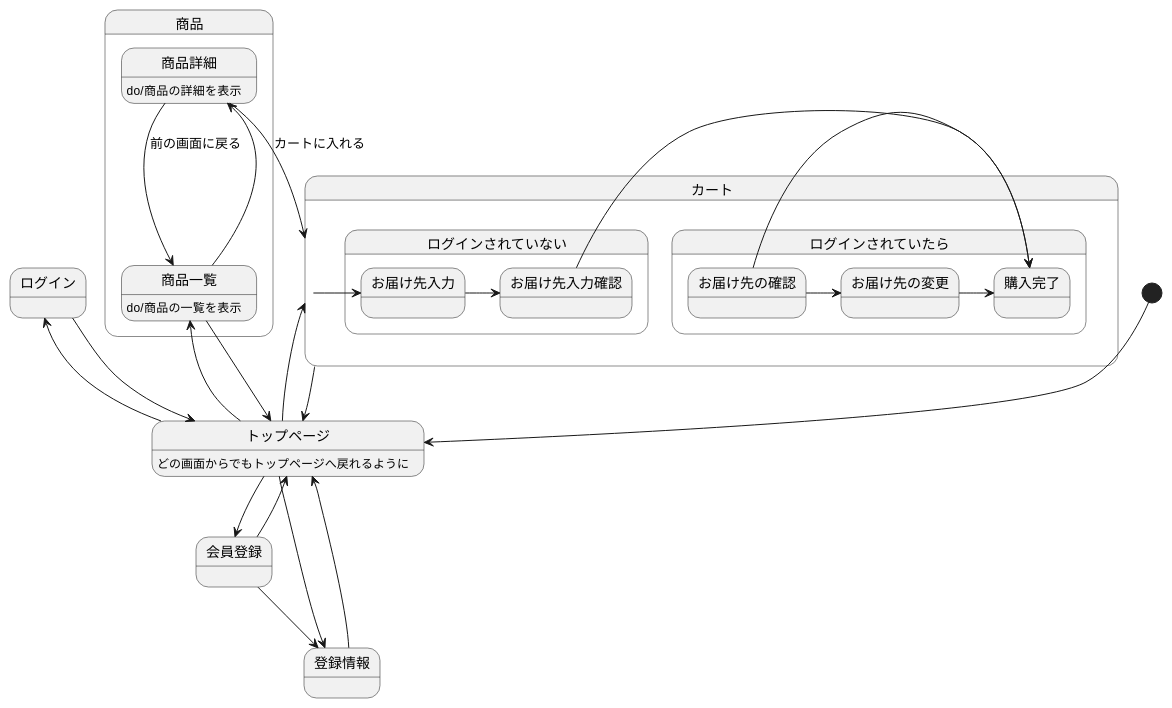
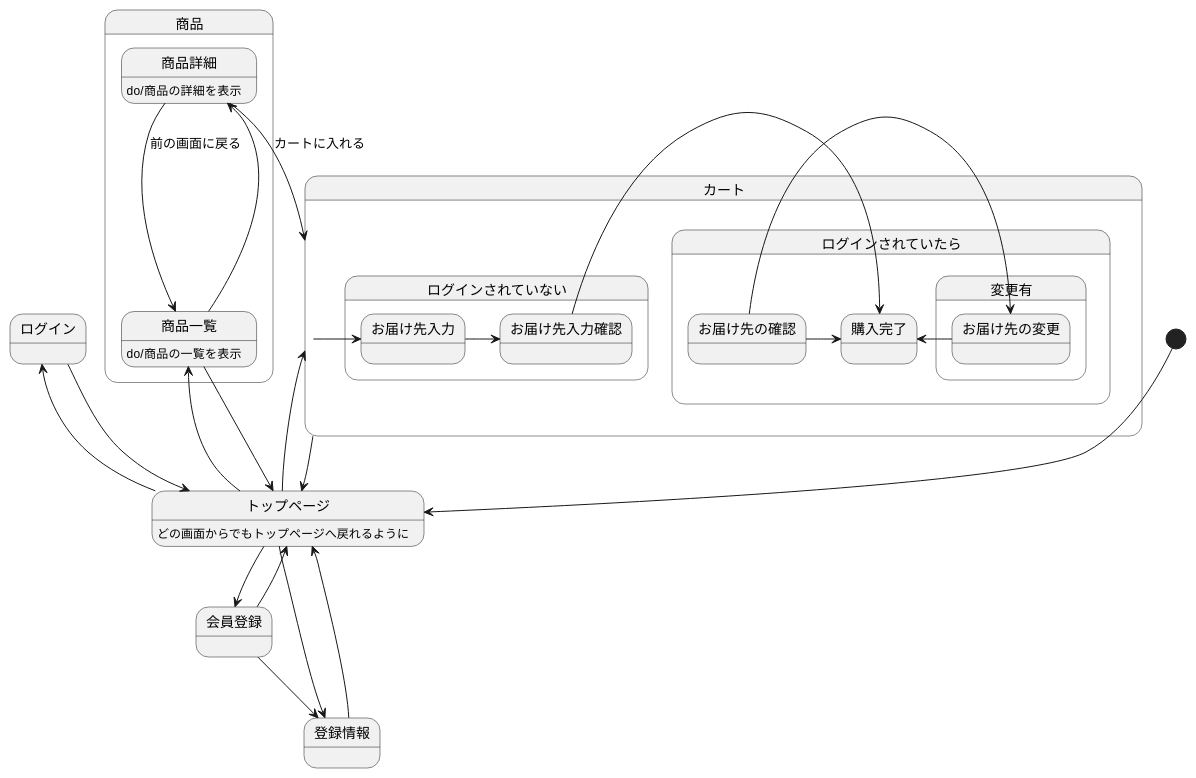
The diagram in stm01.md (aso2001190/sys2021-design), drawn with PlantUML before and after one commit.

````diff
--- a/stm01.md
+++ b/stm01.md
@@ -1,46 +1,48 @@
 ```uml
 @startuml
 
  state 商品 {
 商品詳細 : do/商品の詳細を表示
 商品一覧 : do/商品の一覧を表示
 }
 トップページ : どの画面からでもトップページへ戻れるように
 [*] --> トップページ
 トップページ -> 会員登録
 トップページ -left-> ログイン
 トップページ -left-> カート
 トップページ --> 登録情報
 トップページ --> 商品一覧
 
 
 会員登録 --> トップページ
 ログイン --> トップページ
 カート --> トップページ
 登録情報 --> トップページ
 商品一覧 --> トップページ
 
 
 
 商品一覧 --> 商品詳細 
 商品詳細 --> 商品一覧 : 前の画面に戻る
 商品詳細 --> カート : カートに入れる
 
 
 会員登録 --> 登録情報
 
 state カート {
 state ログインされていたら {
 お届け先の確認 -> 購入完了
+state 変更有 {
 お届け先の確認 -> お届け先の変更
 お届け先の変更 -> 購入完了
+}
 }
 state ログインされていない{
 カート -> お届け先入力
 お届け先入力 -> お届け先入力確認
 お届け先入力確認 -> 購入完了
 }
 }
 
 @enduml
 ```
````
